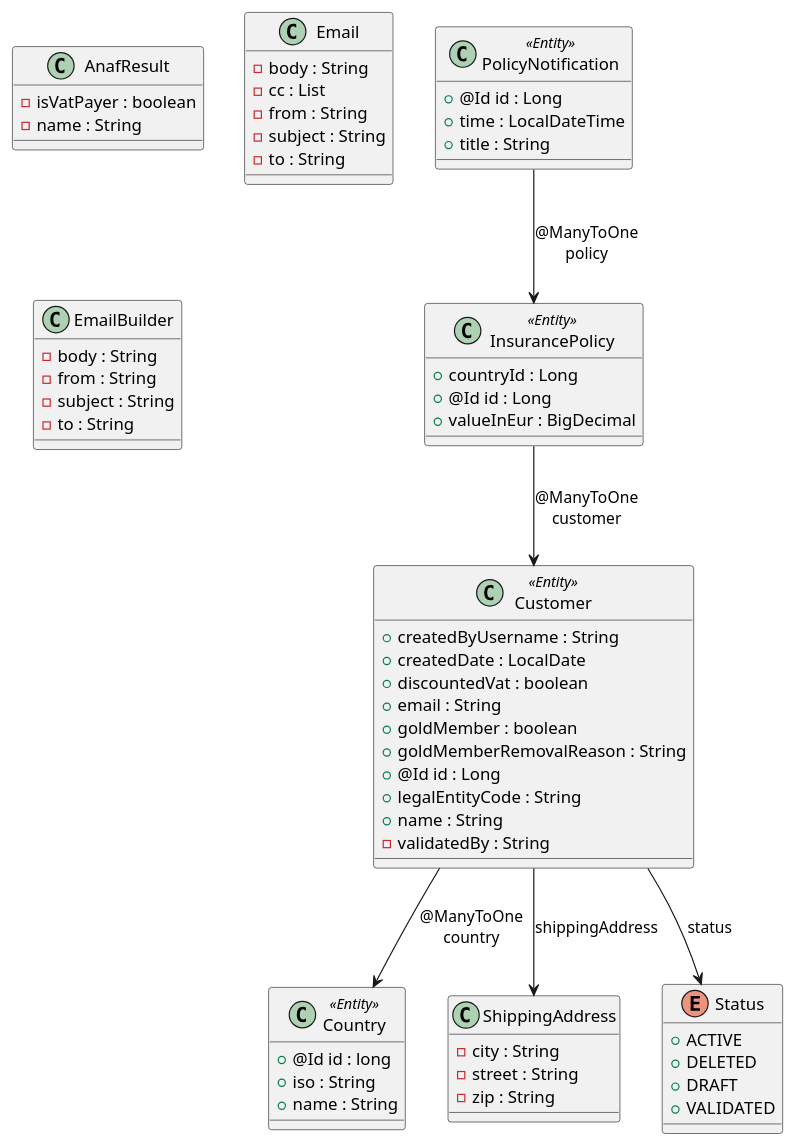
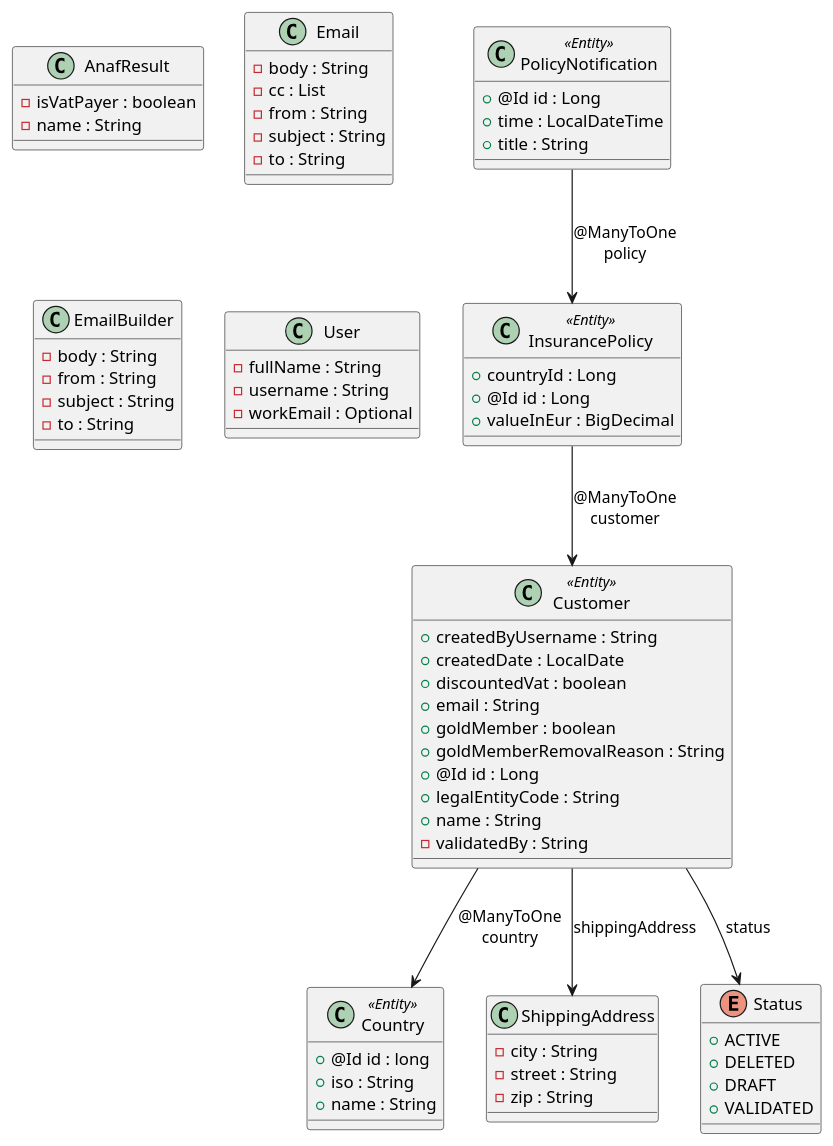
The diagram in clean-application/domain.puml (victorrentea/clean-architecture), drawn with PlantUML before and after one commit. The commit also changed 1 other file, not shown here.

Commit message:
Enable the architect's guardrail: ArchitectureTest.domain_independent_of_infrastructure
The rule was already written but parked @Disabled ("fix after vacation"): no class
in ..domain.. may depend on ..infra.., expecting 0 violations. Now that both the
LDAP and Email dependencies are inverted, the count is finally 0 - so enable it and
let it guard the agnostic domain from regressions.

Also refresh the generated domain.puml to show the new User type and the ports.

```diff
--- a/clean-application/domain.puml
+++ b/clean-application/domain.puml
@@ -1,85 +1,92 @@
 @startuml
 
 class AnafResult {
 	{field} -isVatPayer : boolean
 	{field} -name : String
 }
 
 
 class Country <<Entity>>  {
 	{field} +@Id id : long
 	{field} +iso : String
 	{field} +name : String
 }
 
 
 class Customer <<Entity>>  {
 	{field} +createdByUsername : String
 	{field} +createdDate : LocalDate
 	{field} +discountedVat : boolean
 	{field} +email : String
 	{field} +goldMember : boolean
 	{field} +goldMemberRemovalReason : String
 	{field} +@Id id : Long
 	{field} +legalEntityCode : String
 	{field} +name : String
 	{field} -validatedBy : String
 }
 
 
 class Email {
 	{field} -body : String
 	{field} -cc : List
 	{field} -from : String
 	{field} -subject : String
 	{field} -to : String
 }
 
 
 class EmailBuilder {
 	{field} -body : String
 	{field} -from : String
 	{field} -subject : String
 	{field} -to : String
 }
 
 
 class InsurancePolicy <<Entity>>  {
 	{field} +countryId : Long
 	{field} +@Id id : Long
 	{field} +valueInEur : BigDecimal
 }
 
 
 class PolicyNotification <<Entity>>  {
 	{field} +@Id id : Long
 	{field} +time : LocalDateTime
 	{field} +title : String
 }
 
 
 class ShippingAddress {
 	{field} -city : String
 	{field} -street : String
 	{field} -zip : String
 }
 
 
 enum Status {
 	{field} +ACTIVE
 	{field} +DELETED
 	{field} +DRAFT
 	{field} +VALIDATED
 }
 
 
+class User {
+	{field} -fullName : String
+	{field} -username : String
+	{field} -workEmail : Optional
+}
+
+
 
 
 Customer -->  Country :  @ManyToOne\ncountry
 Customer -->  ShippingAddress : shippingAddress
 Customer -->  Status : status
 InsurancePolicy -->  Customer :  @ManyToOne\ncustomer
 PolicyNotification -->  InsurancePolicy :  @ManyToOne\npolicy
 
 
 @enduml
```
